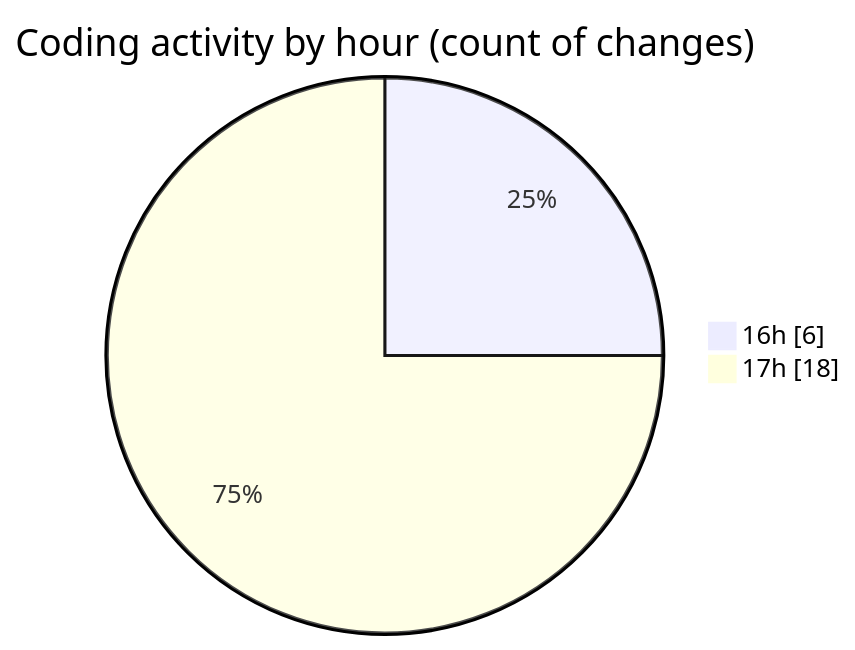
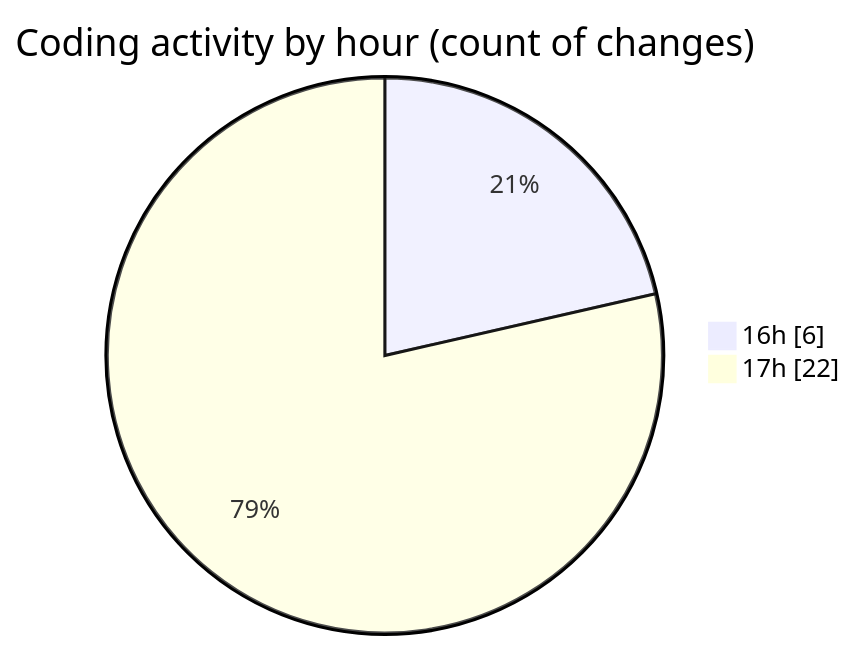
One commit to Ritupan-Deka/code-tracking changed the second of 2 diagrams in 2025-06-24/scopecraft/README.md. Above: the diagram before and after it, drawn with Mermaid. The commit also changed other lines of this file and 1 other file, not shown here.

````diff
--- a/2025-06-24/scopecraft/README.md
+++ b/2025-06-24/scopecraft/README.md
@@ -34,6 +34,6 @@
 ```mermaid
 pie showData
 title Coding activity by hour (count of changes)
 "16h" : 6
-"17h" : 18
+"17h" : 22
 ```
````
